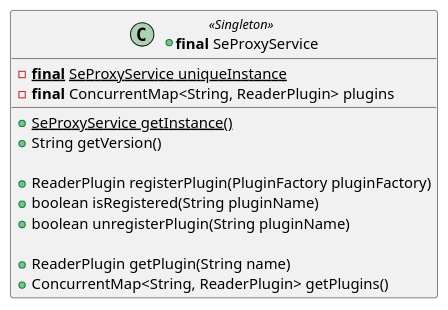
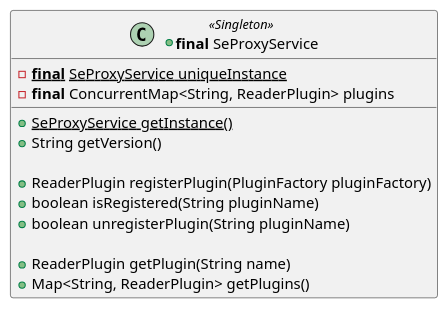
Before and after one commit to calypsonet/keyple: the second of 56 diagrams in src/KeypleCoreApi/Application/puml/KeypleCore_SeProxy_ClassDiag_ClassElements.iuml, drawn with PlantUML. The commit also changed other lines of this file and 34 other files, not shown here.

```diff
--- a/src/KeypleCoreApi/Application/puml/KeypleCore_SeProxy_ClassDiag_ClassElements.iuml
+++ b/src/KeypleCoreApi/Application/puml/KeypleCore_SeProxy_ClassDiag_ClassElements.iuml
@@ -28,15 +28,15 @@
 @startuml(id=SEPROXY_SERVICE_0_9)
 +class "<b>final</b> SeProxyService" as SeProxyService << Singleton >> {
   -<b>final</b> {static}SeProxyService uniqueInstance
   -<b>final</b> ConcurrentMap<String, ReaderPlugin> plugins
   +{static}SeProxyService getInstance()
   +String getVersion()
 
   +ReaderPlugin registerPlugin(PluginFactory pluginFactory)
   +boolean isRegistered(String pluginName)
   +boolean unregisterPlugin(String pluginName)
 
   +ReaderPlugin getPlugin(String name)
-  +ConcurrentMap<String, ReaderPlugin> getPlugins()
+  +Map<String, ReaderPlugin> getPlugins()
 }
 @enduml
```
